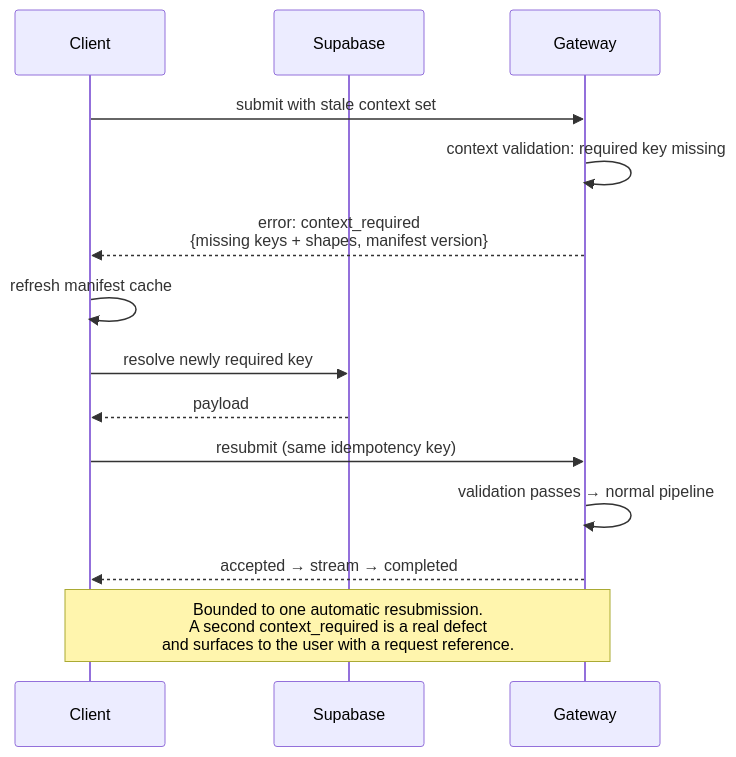
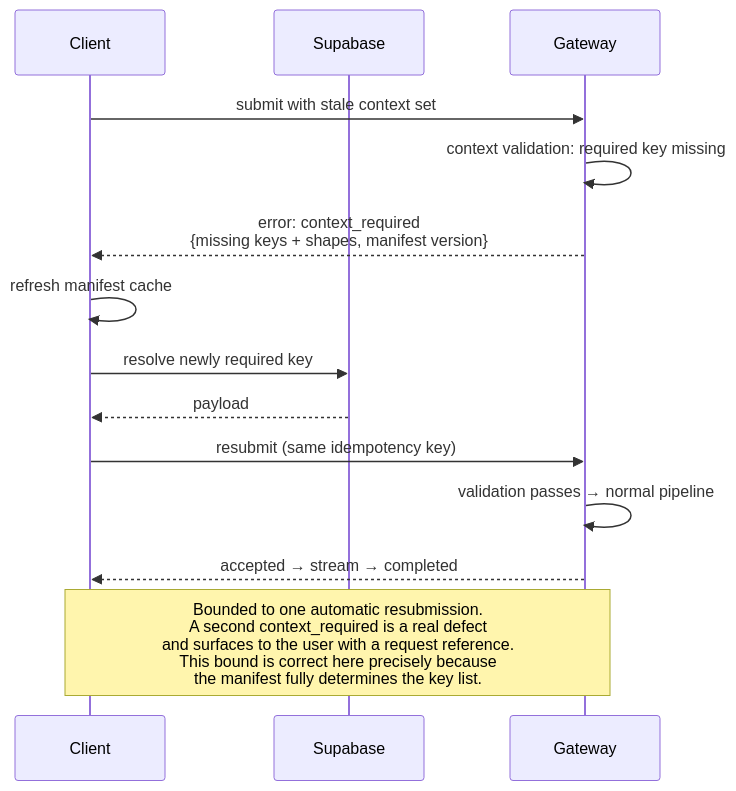
Before and after one commit to haythamosama95/AiClinic: the tenth of 16 diagrams in docs/architecture/17-ai-platform.md, drawn with Mermaid. The commit also changed other lines of this file and 7 other files, not shown here.

Commit message:
Adding AI Platform Architectural Documents and Delivery Plan along with the speckit driving commands

````diff
--- a/docs/architecture/17-ai-platform.md
+++ b/docs/architecture/17-ai-platform.md
@@ -1470,17 +1827,17 @@
 ```mermaid
 sequenceDiagram
     participant C as Client
     participant SB as Supabase
     participant GW as Gateway
 
     C->>GW: submit with stale context set
     GW->>GW: context validation: required key missing
     GW-->>C: error: context_required<br/>{missing keys + shapes, manifest version}
     C->>C: refresh manifest cache
     C->>SB: resolve newly required key
     SB-->>C: payload
     C->>GW: resubmit (same idempotency key)
     GW->>GW: validation passes → normal pipeline
     GW-->>C: accepted → stream → completed
-    Note over C,GW: Bounded to one automatic resubmission.<br/>A second context_required is a real defect<br/>and surfaces to the user with a request reference.
+    Note over C,GW: Bounded to one automatic resubmission.<br/>A second context_required is a real defect<br/>and surfaces to the user with a request reference.<br/>This bound is correct here precisely because<br/>the manifest fully determines the key list.
 ```
````
